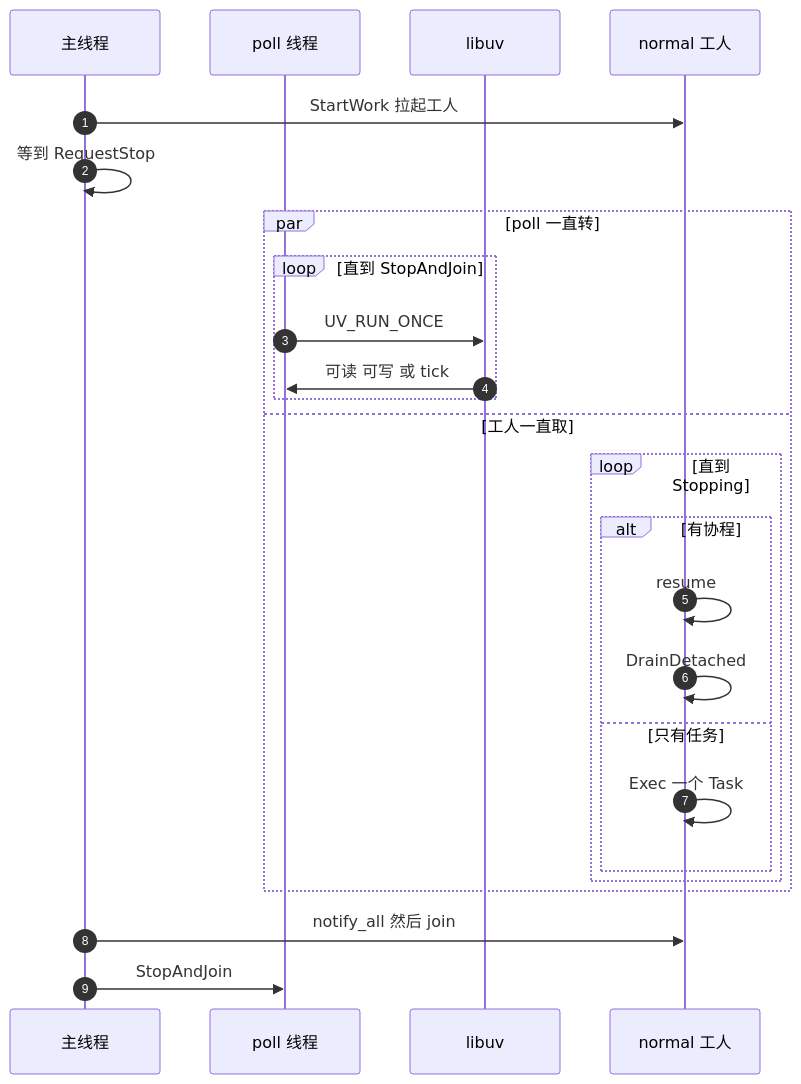
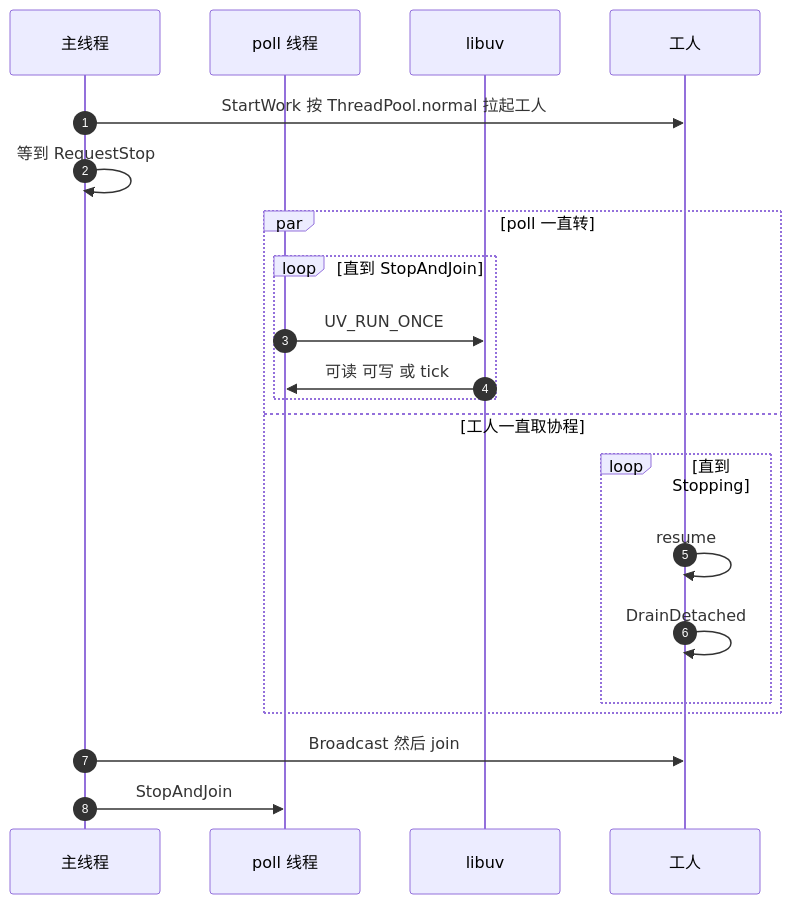
One commit to orikiaru/openidea changed the diagram in docs/sequence-diagram/multi-thread/loop.md. Above: the diagram before and after it, drawn with Mermaid. The commit also changed other lines of this file and 23 other files, not shown here.

````diff
--- a/docs/sequence-diagram/multi-thread/loop.md
+++ b/docs/sequence-diagram/multi-thread/loop.md
@@ -7,28 +7,24 @@
 ```mermaid
 sequenceDiagram
     autonumber
     participant Main as 主线程
     participant Poll as poll 线程
     participant Uv as libuv
-    participant Worker as normal 工人
+    participant Worker as 工人
 
-    Main->>Worker: StartWork 拉起工人
+    Main->>Worker: StartWork 按 ThreadPool.normal 拉起工人
     Main->>Main: 等到 RequestStop
     par poll 一直转
         loop 直到 StopAndJoin
             Poll->>Uv: UV_RUN_ONCE
             Uv->>Poll: 可读 可写 或 tick
         end
-    and 工人一直取
+    and 工人一直取协程
         loop 直到 Stopping
-            alt 有协程
-                Worker->>Worker: resume
-                Worker->>Worker: DrainDetached
-            else 只有任务
-                Worker->>Worker: Exec 一个 Task
-            end
+            Worker->>Worker: resume
+            Worker->>Worker: DrainDetached
         end
     end
-    Main->>Worker: notify_all 然后 join
+    Main->>Worker: Broadcast 然后 join
     Main->>Poll: StopAndJoin
 ```
````
